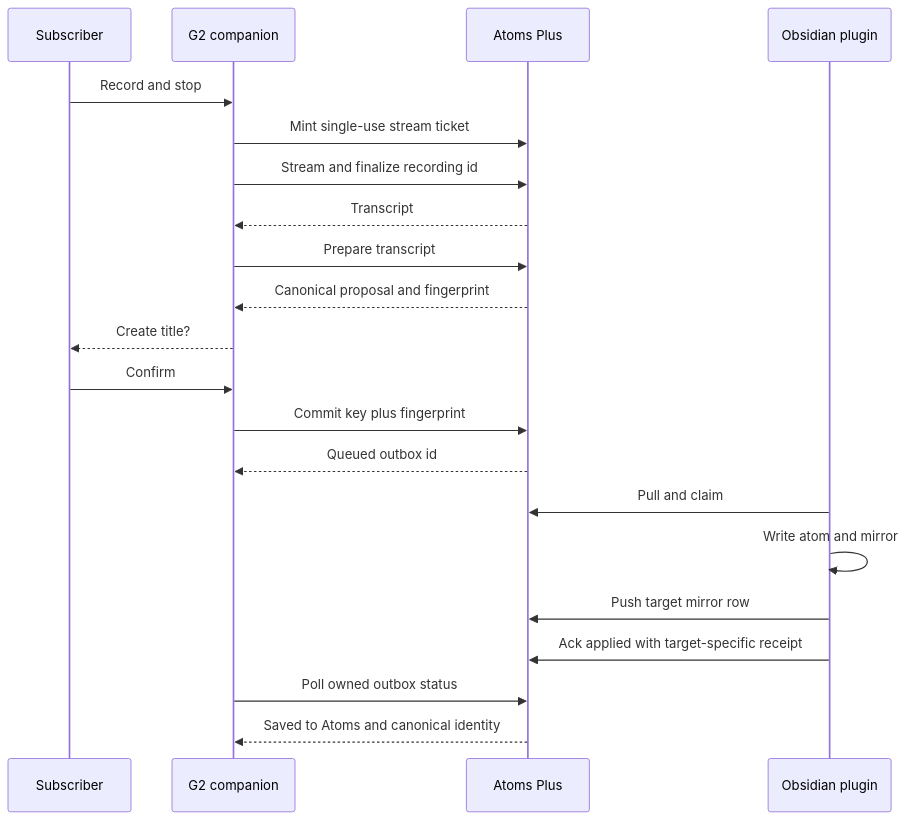
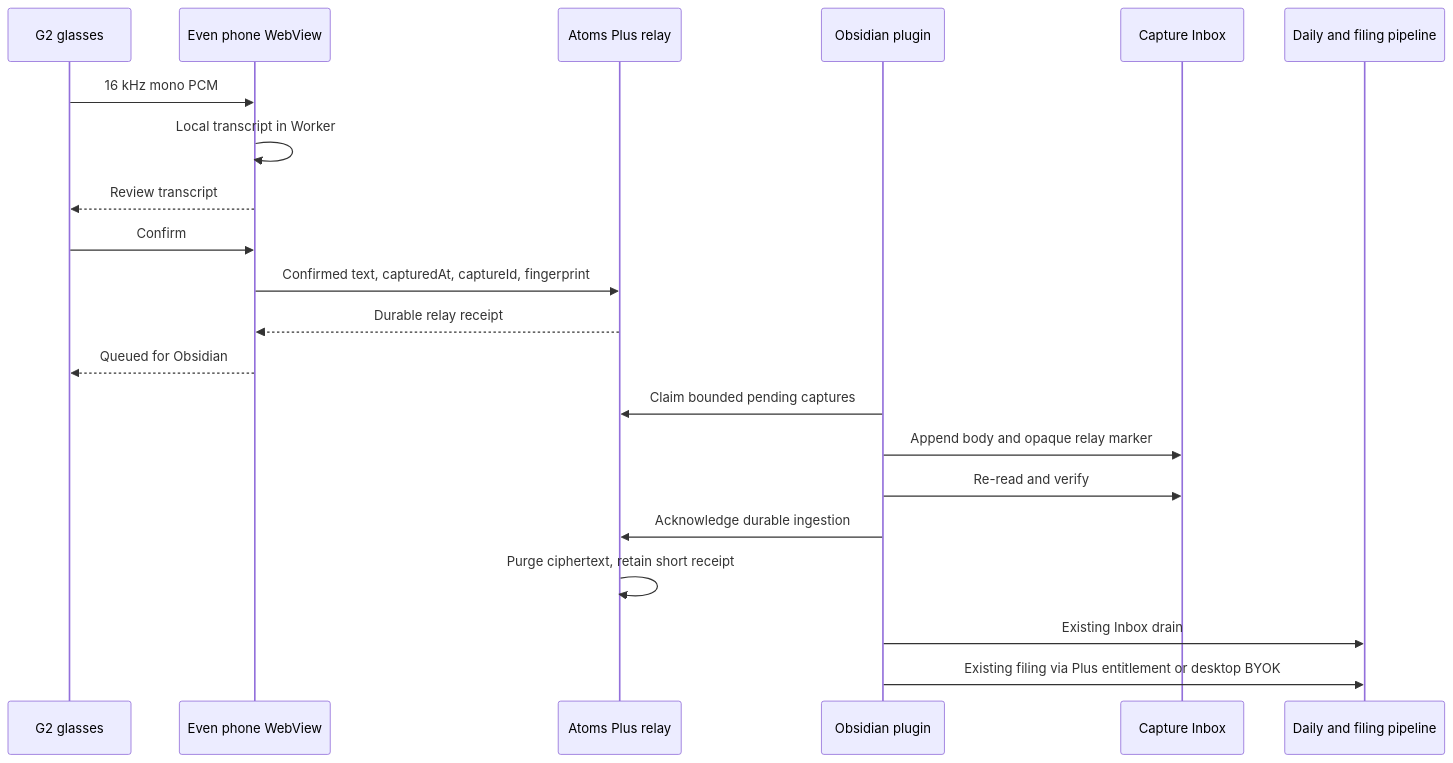
The first of 4 diagrams in docs/plans/2026-09-08-2216-feat-even-g2-atoms-plan.md (taihartman/obsidian-atoms), drawn with Mermaid before and after one commit. The commit also changed other lines of this file and 77 other files, not shown here.

Commit message:
feat(g2): queue local captures for Obsidian review

````diff
--- a/docs/plans/2026-09-08-2216-feat-even-g2-atoms-plan.md
+++ b/docs/plans/2026-09-08-2216-feat-even-g2-atoms-plan.md
@@ -212,23 +191,24 @@
 ```mermaid
 sequenceDiagram
-  participant U as Subscriber
-  participant C as G2 companion
-  participant P as Atoms Plus
-  participant O as Obsidian plugin
-  U->>C: Record and stop
-  C->>P: Mint single-use stream ticket
-  C->>P: Stream and finalize recording id
-  P-->>C: Transcript
-  C->>P: Prepare transcript
-  P-->>C: Canonical proposal and fingerprint
-  C-->>U: Create title?
-  U->>C: Confirm
-  C->>P: Commit key plus fingerprint
-  P-->>C: Queued outbox id
-  O->>P: Pull and claim
-  O->>O: Write atom and mirror
-  O->>P: Push target mirror row
-  O->>P: Ack applied with target-specific receipt
-  C->>P: Poll owned outbox status
-  P-->>C: Saved to Atoms and canonical identity
+  participant G2 as G2 glasses
+  participant Phone as Even phone WebView
+  participant Plus as Atoms Plus relay
+  participant Plugin as Obsidian plugin
+  participant Inbox as Capture Inbox
+  participant Daily as Daily and filing pipeline
+
+  G2->>Phone: 16 kHz mono PCM
+  Phone->>Phone: Local transcript in Worker
+  Phone-->>G2: Review transcript
+  G2->>Phone: Confirm
+  Phone->>Plus: Confirmed text, capturedAt, captureId, fingerprint
+  Plus-->>Phone: Durable relay receipt
+  Phone-->>G2: Queued for Obsidian
+  Plugin->>Plus: Claim bounded pending captures
+  Plugin->>Inbox: Append body and opaque relay marker
+  Plugin->>Inbox: Re-read and verify
+  Plugin->>Plus: Acknowledge durable ingestion
+  Plus->>Plus: Purge ciphertext, retain short receipt
+  Plugin->>Daily: Existing Inbox drain
+  Plugin->>Daily: Existing filing via Plus entitlement or desktop BYOK
 ```
````
